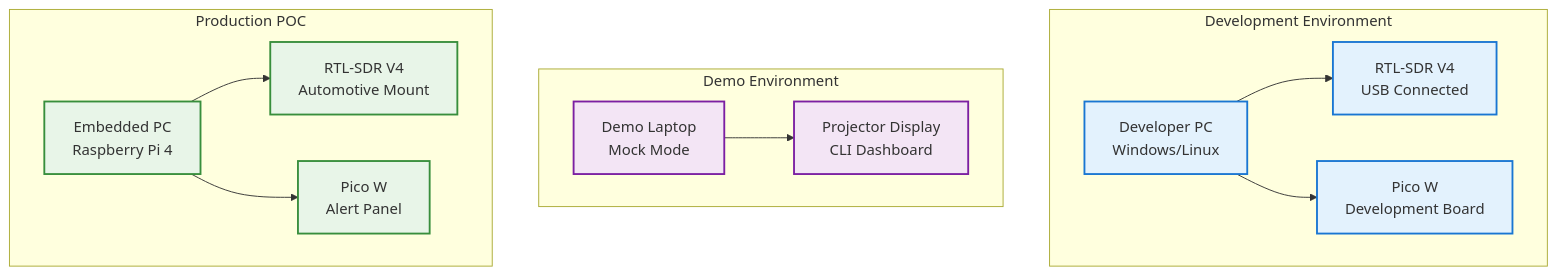
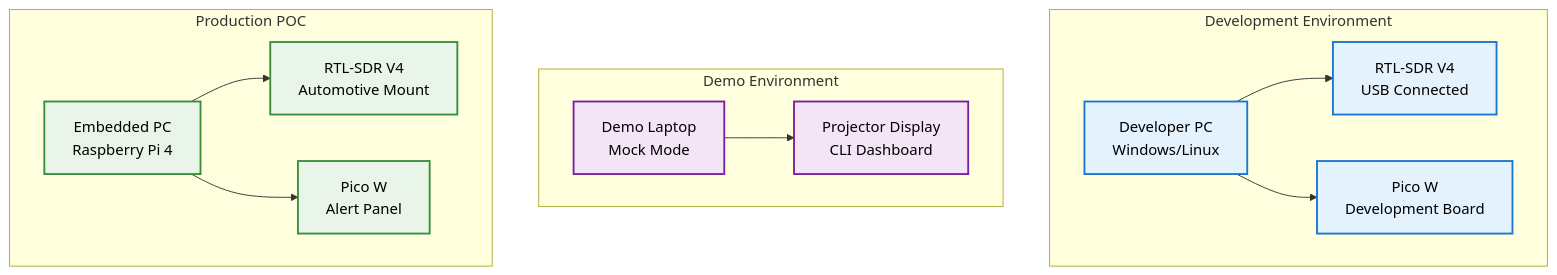
One commit to jondmarien/automotive-security-capstone changed the fifth of 5 diagrams in backend/docs/diagrams/architecture.md. Above: the diagram before and after it, drawn with Mermaid. The commit also changed other lines of this file, not shown here.

Commit message:
chore(docs): modified architecture diagram to have darker colour text

````diff
--- a/backend/docs/diagrams/architecture.md
+++ b/backend/docs/diagrams/architecture.md
@@ -200,33 +200,33 @@
 ```mermaid
 graph TB
     subgraph DEV ["Development Environment"]
         DEV_PC[Developer PC<br/>Windows/Linux]
         DEV_RTL[RTL-SDR V4<br/>USB Connected]
         DEV_PICO[Pico W<br/>Development Board]
     end
     
     subgraph DEMO ["Demo Environment"]
         DEMO_PC[Demo Laptop<br/>Mock Mode]
         DEMO_PROJ[Projector Display<br/>CLI Dashboard]
     end
     
     subgraph PROD ["Production POC"]
         PROD_PC[Embedded PC<br/>Raspberry Pi 4]
         PROD_RTL[RTL-SDR V4<br/>Automotive Mount]
         PROD_PICO[Pico W<br/>Alert Panel]
     end
     
     DEV_PC --> DEV_RTL
     DEV_PC --> DEV_PICO
     DEMO_PC --> DEMO_PROJ
     PROD_PC --> PROD_RTL
     PROD_PC --> PROD_PICO
     
-    classDef dev fill:#e3f2fd,stroke:#1976d2,stroke-width:2px
-    classDef demo fill:#f3e5f5,stroke:#7b1fa2,stroke-width:2px
-    classDef prod fill:#e8f5e8,stroke:#388e3c,stroke-width:2px
+    classDef dev fill:#e3f2fd,stroke:#1976d2,stroke-width:2px,color:#000
+    classDef demo fill:#f3e5f5,stroke:#7b1fa2,stroke-width:2px,color:#000
+    classDef prod fill:#e8f5e8,stroke:#388e3c,stroke-width:2px,color:#000
     
     class DEV_PC,DEV_RTL,DEV_PICO dev
     class DEMO_PC,DEMO_PROJ demo
     class PROD_PC,PROD_RTL,PROD_PICO prod
 ```
````
